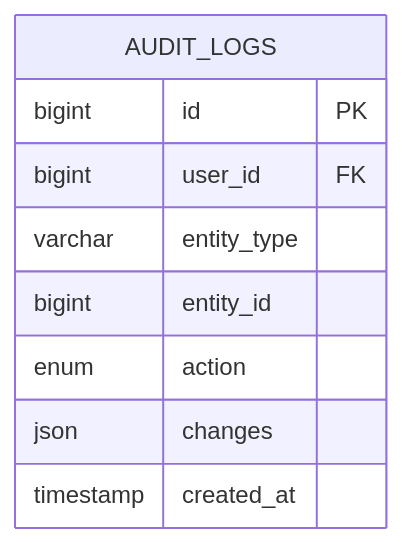
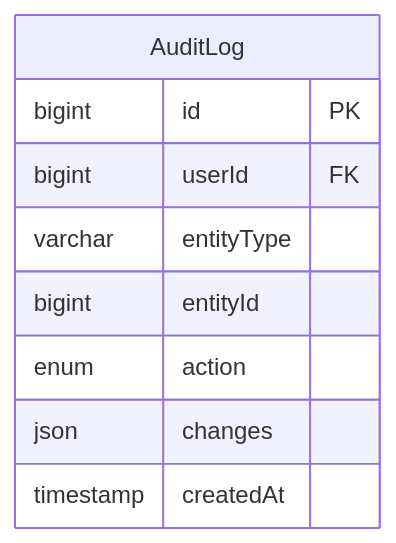
Before and after one commit to upleat-ax/u-maker-plugin: the fifth of 6 diagrams in skills/u-design/references/erd-spec.md, drawn with Mermaid. The commit also changed other lines of this file and 2 other files, not shown here.

First line of the commit message:
feat: switch ERD naming convention to camelCase standard

````diff
--- a/skills/u-design/references/erd-spec.md
+++ b/skills/u-design/references/erd-spec.md
@@ -235,12 +236,12 @@
 ```mermaid
 erDiagram
-    AUDIT_LOGS {
+    AuditLog {
         bigint id PK
-        bigint user_id FK
-        varchar entity_type
-        bigint entity_id
+        bigint userId FK
+        varchar entityType
+        bigint entityId
         enum action
         json changes
-        timestamp created_at
+        timestamp createdAt
     }
 ```
````
